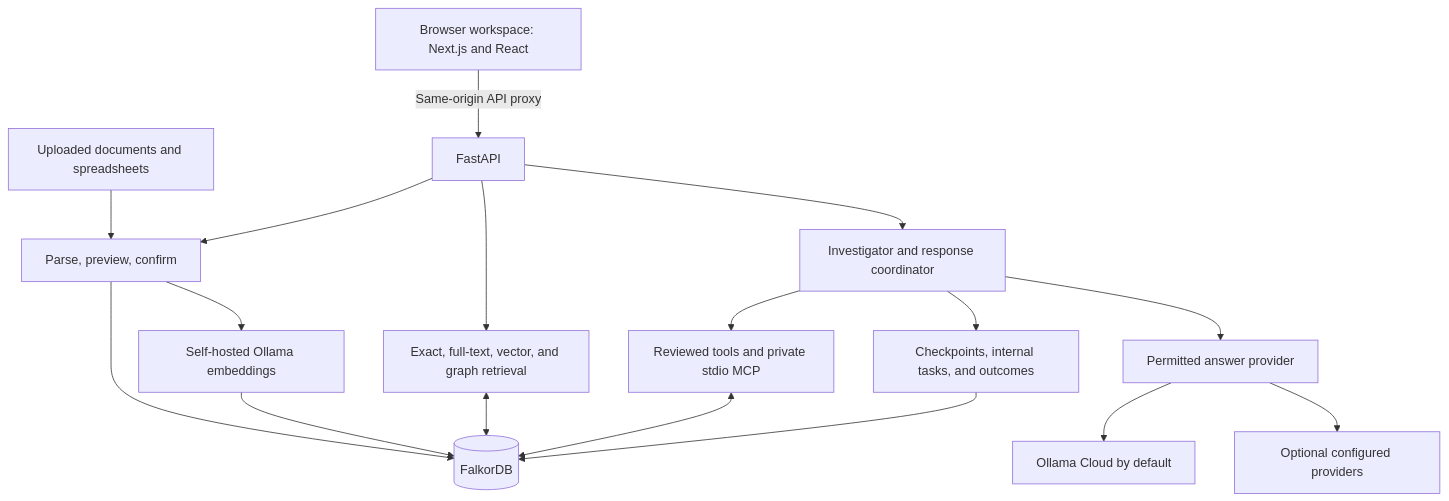
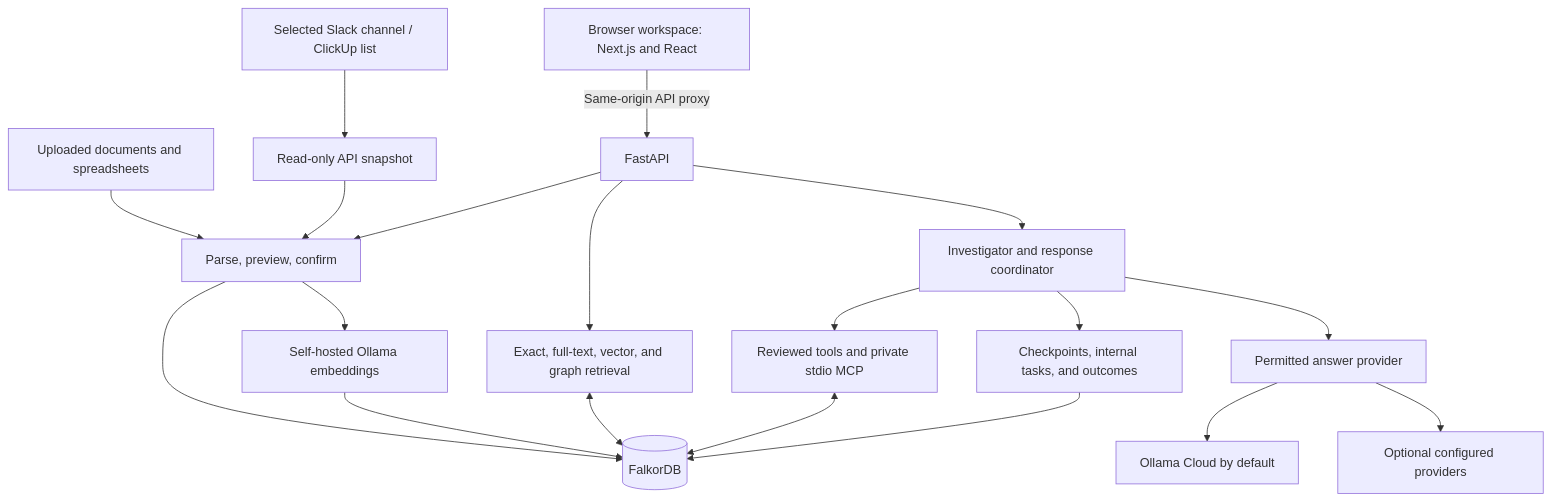
One commit to Haleem-code/Workweave changed the second of 2 diagrams in README.md. Above: the diagram before and after it, drawn with Mermaid. The commit also changed other lines of this file and 40 other files, not shown here.

````diff
--- a/README.md
+++ b/README.md
@@ -132,19 +167,21 @@
 ```mermaid
 flowchart TB
     Browser[Browser workspace: Next.js and React] -->|Same-origin API proxy| API[FastAPI]
     Files[Uploaded documents and spreadsheets] --> Preview[Parse, preview, confirm]
+    Workplace[Selected Slack channel / ClickUp list] --> Snapshot[Read-only API snapshot]
+    Snapshot --> Preview
     API --> Preview
     Preview --> Graph[(FalkorDB)]
     Preview --> Embeddings[Self-hosted Ollama embeddings]
     Embeddings --> Graph
     API --> Retrieval[Exact, full-text, vector, and graph retrieval]
     Retrieval <--> Graph
     API --> Executor[Investigator and response coordinator]
     Executor --> Tools[Reviewed tools and private stdio MCP]
     Tools <--> Graph
     Executor --> Models[Permitted answer provider]
     Models --> Cloud[Ollama Cloud by default]
     Models --> Other[Optional configured providers]
     Executor --> State[Checkpoints, internal tasks, and outcomes]
     State --> Graph
 ```
````
